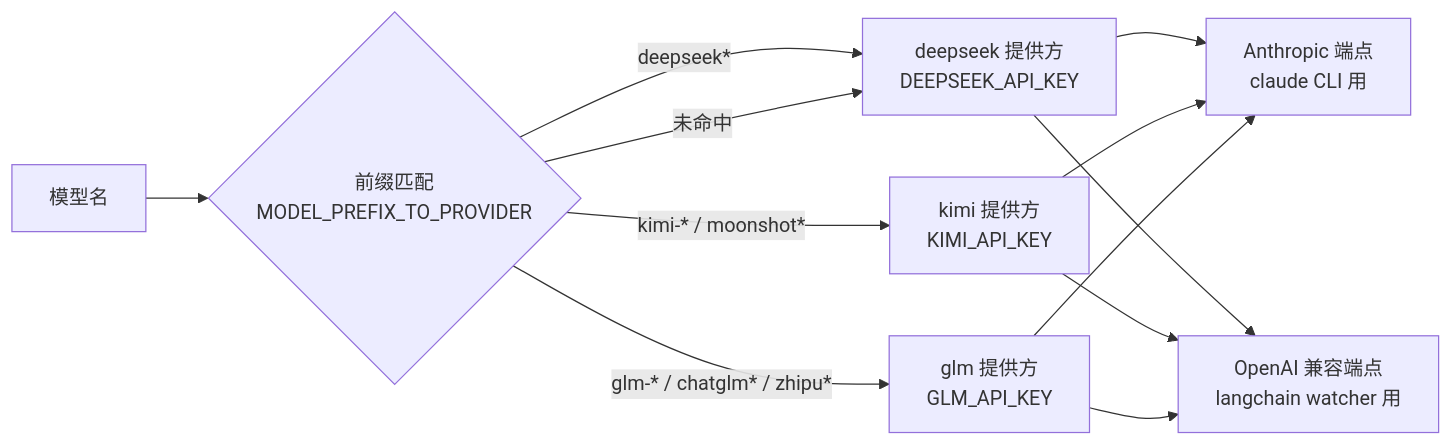
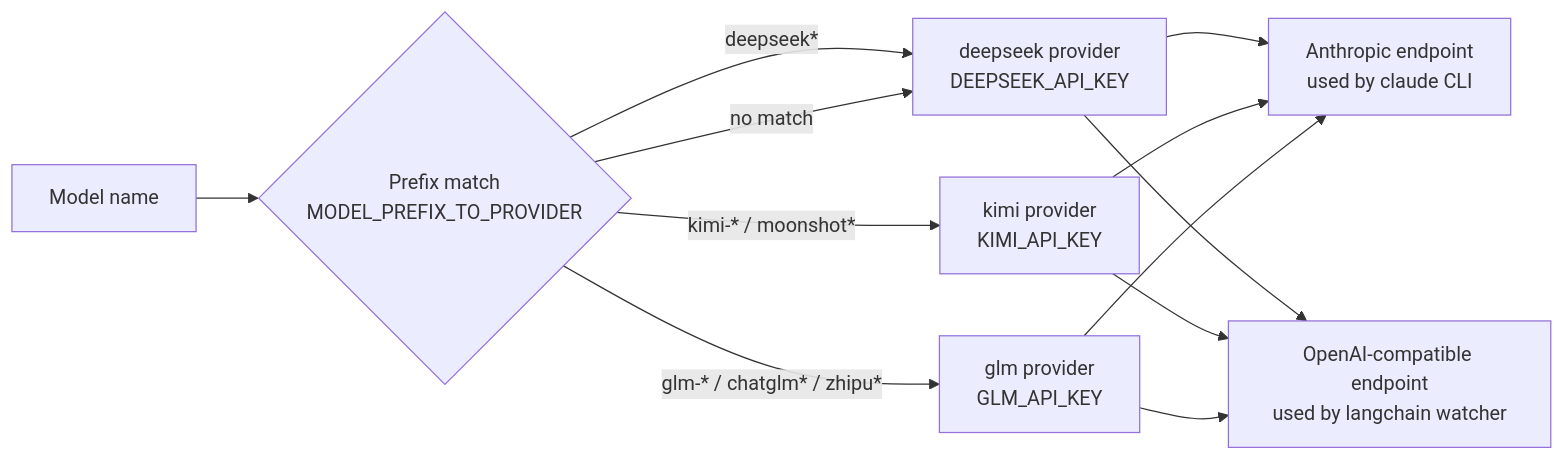
The eighth of 8 diagrams in doc/TECHNICAL_DESIGN.md (JiminLee-way/Cruiser-Agent), drawn with Mermaid before and after one commit. The commit also changed other lines of this file and 35 other files, not shown here.

````diff
--- a/doc/TECHNICAL_DESIGN.md
+++ b/doc/TECHNICAL_DESIGN.md
@@ -515,14 +515,14 @@
 ```mermaid
 flowchart LR
-    M[模型名] --> P{前缀匹配<br/>MODEL_PREFIX_TO_PROVIDER}
-    P -->|"deepseek*"| DS[deepseek 提供方<br/>DEEPSEEK_API_KEY]
-    P -->|"kimi-* / moonshot*"| KM[kimi 提供方<br/>KIMI_API_KEY]
-    P -->|"glm-* / chatglm* / zhipu*"| GLM[glm 提供方<br/>GLM_API_KEY]
-    P -->|未命中| DS
-    DS --> E1[Anthropic 端点<br/>claude CLI 用]
-    DS --> E2[OpenAI 兼容端点<br/>langchain watcher 用]
+    M[Model name] --> P{Prefix match<br/>MODEL_PREFIX_TO_PROVIDER}
+    P -->|"deepseek*"| DS[deepseek provider<br/>DEEPSEEK_API_KEY]
+    P -->|"kimi-* / moonshot*"| KM[kimi provider<br/>KIMI_API_KEY]
+    P -->|"glm-* / chatglm* / zhipu*"| GLM[glm provider<br/>GLM_API_KEY]
+    P -->|no match| DS
+    DS --> E1[Anthropic endpoint<br/>used by claude CLI]
+    DS --> E2[OpenAI-compatible endpoint<br/>used by langchain watcher]
     KM --> E1
     KM --> E2
     GLM --> E1
     GLM --> E2
 ```
````
